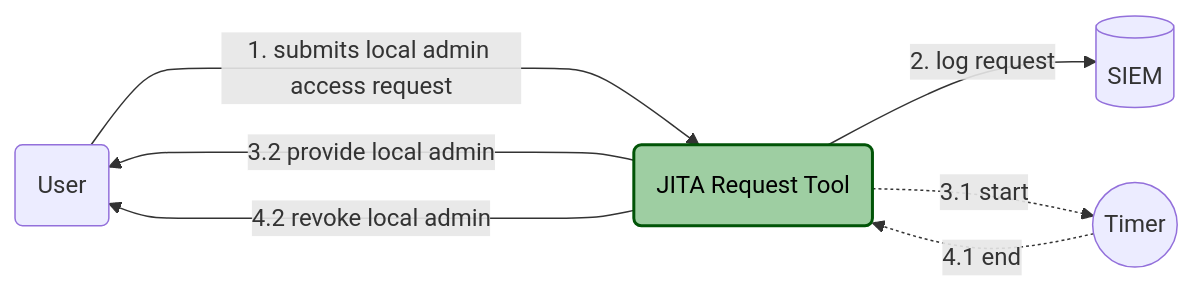
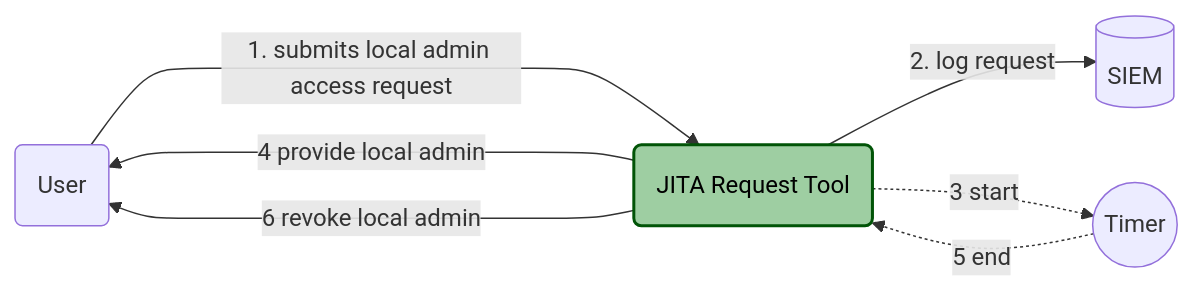
The second of 2 diagrams in controls/iam/iam.pam.01.md (grcengineering/community-security-controls), drawn with Mermaid before and after one commit. The commit also changed other lines of this file and 1 other file, not shown here.

````diff
--- a/controls/iam/iam.pam.01.md
+++ b/controls/iam/iam.pam.01.md
@@ -43,16 +43,16 @@
  ```mermaid
 flowchart LR
     u(User)
     j(JITA Request Tool)
     s[(SIEM)]
     t((Timer))
 
     u-->|1. submits local admin access request|j
     j-->|2. log request|s
-    j-.->|3.1 start|t
-    j---->|3.2 provide local admin|u    
-    t-.->|4.1 end|j
-    j-->|4.2 revoke local admin|u
+    j-.->|3 start|t
+    j---->|4 provide local admin|u    
+    t-.->|5 end|j
+    j-->|6 revoke local admin|u
 
     style j fill:#9ecea2,stroke:#015407,stroke-width:2px,color:#000000
 ```
````
